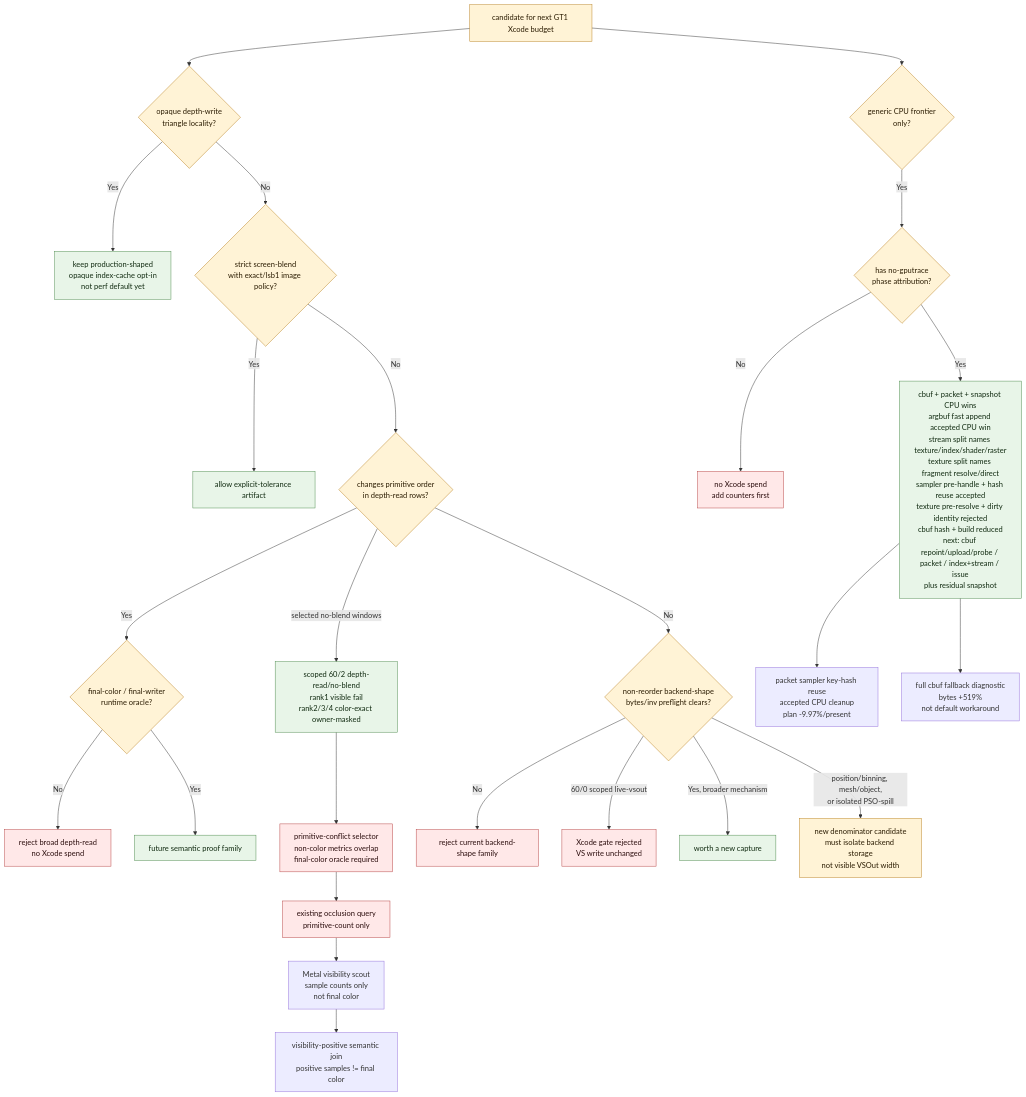
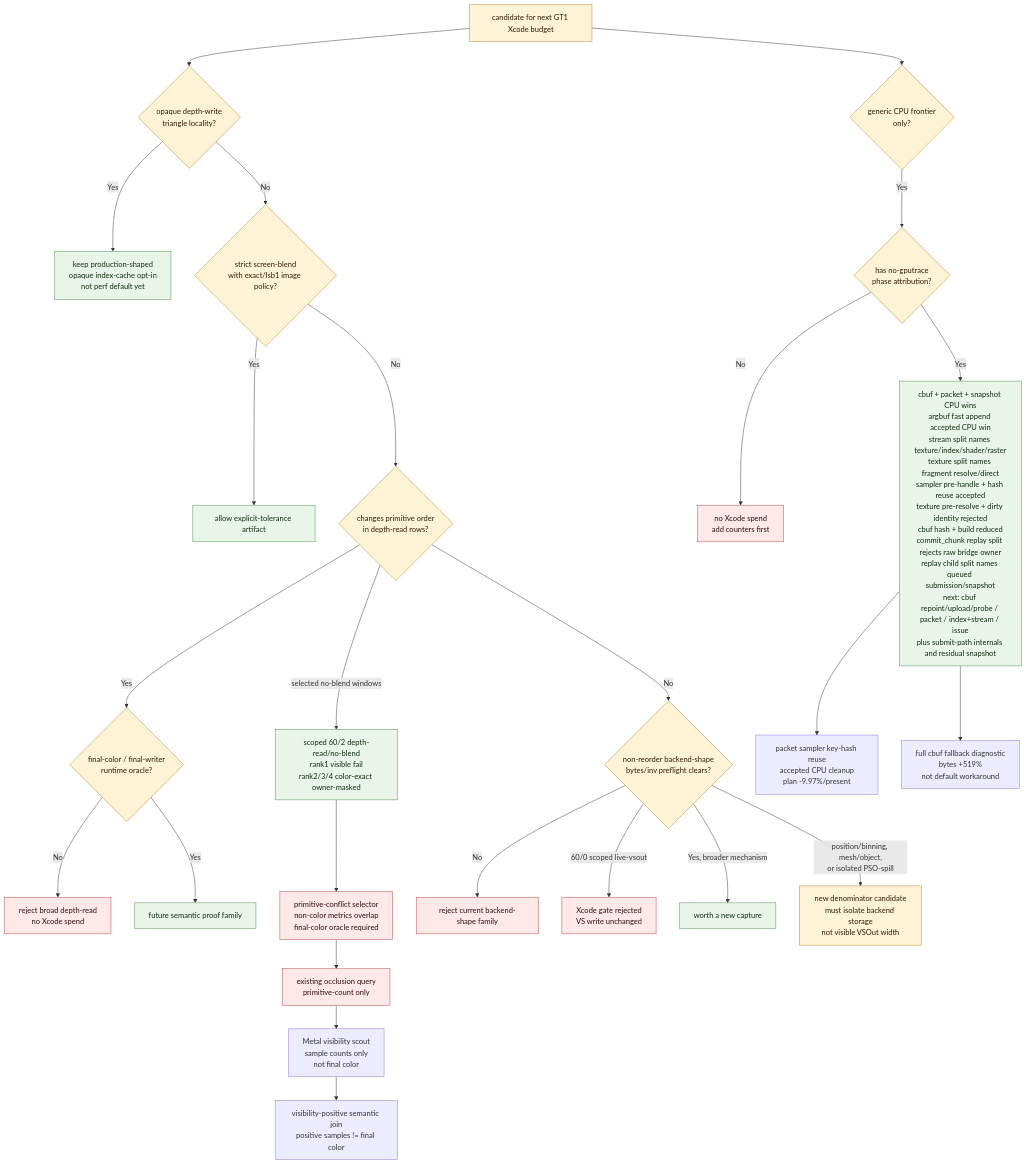
The third of 3 diagrams in docs/perfomance/overview-3dmark05-gt1.md (dfdgsdfg/dxmt9), drawn with Mermaid before and after one commit. The commit also changed other lines of this file and 42 other files, not shown here.

````diff
--- a/docs/perfomance/overview-3dmark05-gt1.md
+++ b/docs/perfomance/overview-3dmark05-gt1.md
@@ -615,36 +615,36 @@
 ```mermaid
 flowchart TD
   Start["candidate for next GT1 Xcode budget"] --> Opaque{"opaque depth-write\ntriangle locality?"}
   Opaque -- "Yes" --> Keep["keep production-shaped\nopaque index-cache opt-in\nnot perf default yet"]
   Opaque -- "No" --> Screen{"strict screen-blend\nwith exact/lsb1 image policy?"}
   Screen -- "Yes" --> Explicit["allow explicit-tolerance artifact"]
   Screen -- "No" --> Broad{"changes primitive order\nin depth-read rows?"}
   Broad -- "Yes" --> Oracle{"final-color / final-writer\nruntime oracle?"}
   Oracle -- "No" --> RejectBroad["reject broad depth-read\nno Xcode spend"]
   Oracle -- "Yes" --> FutureOracle["future semantic proof family"]
   Broad -- "selected no-blend windows" --> ScopedDepth["scoped 60/2 depth-read/no-blend\nrank1 visible fail\nrank2/3/4 color-exact owner-masked"]
   ScopedDepth --> ConflictSelector["primitive-conflict selector\nnon-color metrics overlap\nfinal-color oracle required"]
   ConflictSelector --> ExistingOcc["existing occlusion query\nprimitive-count only"]
   ExistingOcc --> VisScout["Metal visibility scout\nsample counts only\nnot final color"]
   VisScout --> VisJoin["visibility-positive semantic join\npositive samples != final color"]
   Broad -- "No" --> Backend{"non-reorder backend-shape\nbytes/inv preflight clears?"}
   Backend -- "No" --> RejectBackend["reject current backend-shape family"]
   Backend -- "60/0 scoped live-vsout" --> ScopedVsout["Xcode gate rejected\nVS write unchanged"]
   Backend -- "Yes, broader mechanism" --> Spend["worth a new capture"]
   Backend -- "position/binning, mesh/object,\nor isolated PSO-spill" --> NewBackend["new denominator candidate\nmust isolate backend storage\nnot visible VSOut width"]
   Start --> Cpu{"generic CPU frontier\nonly?"}
   Cpu -- "Yes" --> CpuProbe{"has no-gputrace\nphase attribution?"}
   CpuProbe -- "No" --> CpuReject["no Xcode spend\nadd counters first"]
-  CpuProbe -- "Yes" --> CpuNarrow["cbuf + packet + snapshot CPU wins\nargbuf fast append accepted CPU win\nstream split names texture/index/shader/raster\ntexture split names fragment resolve/direct\nsampler pre-handle + hash reuse accepted\ntexture pre-resolve + dirty identity rejected\ncbuf hash + build reduced\nnext: cbuf repoint/upload/probe / packet / index+stream / issue\nplus residual snapshot"]
+  CpuProbe -- "Yes" --> CpuNarrow["cbuf + packet + snapshot CPU wins\nargbuf fast append accepted CPU win\nstream split names texture/index/shader/raster\ntexture split names fragment resolve/direct\nsampler pre-handle + hash reuse accepted\ntexture pre-resolve + dirty identity rejected\ncbuf hash + build reduced\ncommit_chunk replay split rejects raw bridge owner\nreplay child split names queued submission/snapshot\nnext: cbuf repoint/upload/probe / packet / index+stream / issue\nplus submit-path internals and residual snapshot"]
   CpuNarrow --> Packet21["packet sampler key-hash reuse\naccepted CPU cleanup\nplan -9.97%/present"]
   CpuNarrow --> FullCbufDiag["full cbuf fallback diagnostic\nbytes +519%\nnot default workaround"]
 
   classDef good fill:#e8f5e8,stroke:#4d8b4d,color:#102a10
   classDef warn fill:#fff3d6,stroke:#b98222,color:#2a1b00
   classDef bad fill:#ffe8e8,stroke:#b64242,color:#2b0d0d
   class Keep,Explicit,FutureOracle,Spend,ScopedDepth good
   class Start,Opaque,Screen,Broad,Oracle,Backend,Cpu,CpuProbe warn
   class NewBackend warn
   class CpuNarrow good
   class RejectBroad,RejectBackend,CpuReject,ConflictSelector,ExistingOcc,ScopedVsout bad
 ```
````
